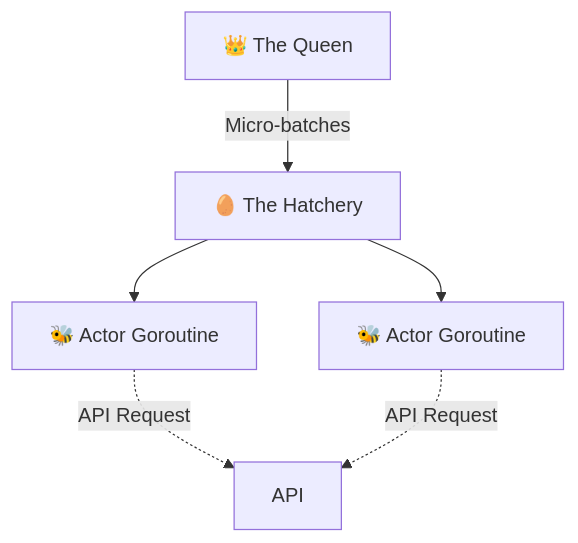
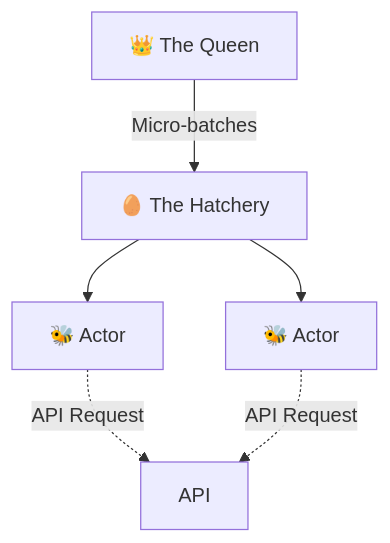
The diagram in website/src/content/docs/index.mdx (shyam-s00/gopher-glide), drawn with Mermaid before and after one commit. The commit also changed other lines of this file and 10 other files, not shown here.

````diff
--- a/website/src/content/docs/index.mdx
+++ b/website/src/content/docs/index.mdx
@@ -32,8 +35,8 @@
     ```mermaid
     graph TD
         Queen[👑 The Queen] -->|Micro-batches| Hatchery[🥚 The Hatchery]
-        Hatchery --> Actor1[🐝 Actor Goroutine]
-        Hatchery --> Actor2[🐝 Actor Goroutine]
+        Hatchery --> Actor1[🐝 Actor]
+        Hatchery --> Actor2[🐝 Actor]
         Actor1 -. API Request .-> API
         Actor2 -. API Request .-> API
     ```
````
